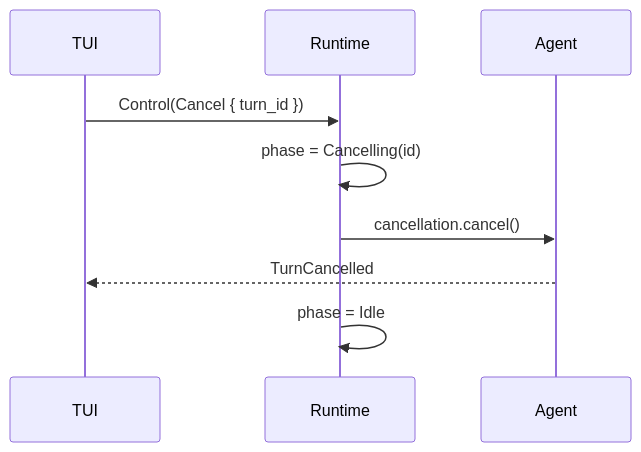
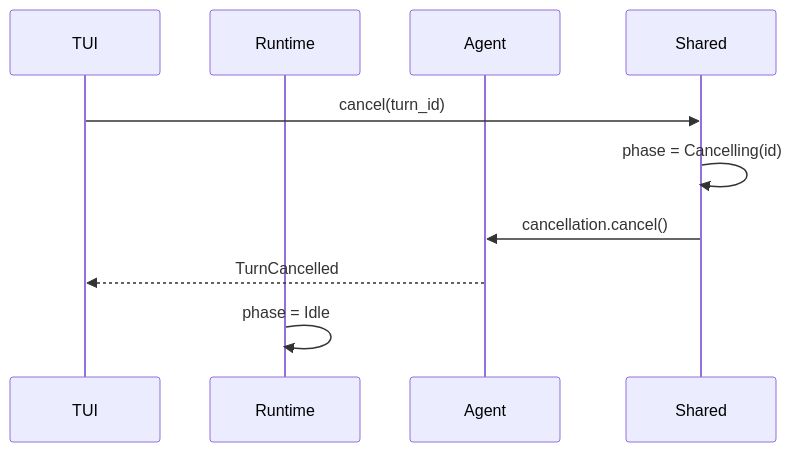
The fourth of 5 diagrams in docs/architectures.md (guuzaa/oven), drawn with Mermaid before and after one commit. The commit also changed other lines of this file and 76 other files, not shown here.

````diff
--- a/docs/architectures.md
+++ b/docs/architectures.md
@@ -470,12 +581,12 @@
 ```mermaid
 sequenceDiagram
     participant TUI
     participant Runtime
     participant Agent
 
-    TUI->>Runtime: Control(Cancel { turn_id })
-    Runtime->>Runtime: phase = Cancelling(id)
-    Runtime->>Agent: cancellation.cancel()
+    TUI->>Shared: cancel(turn_id)
+    Shared->>Shared: phase = Cancelling(id)
+    Shared->>Agent: cancellation.cancel()
     Agent-->>TUI: TurnCancelled
     Runtime->>Runtime: phase = Idle
 ```
````
